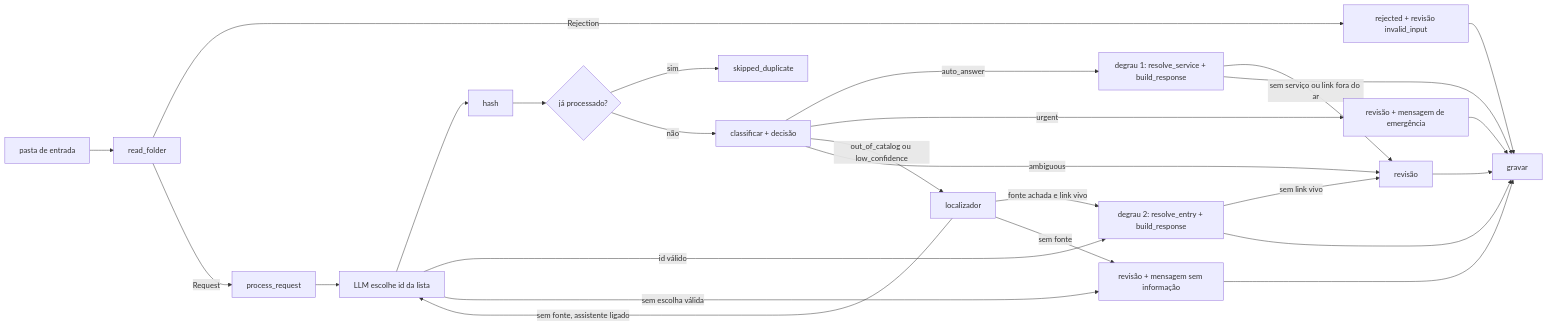
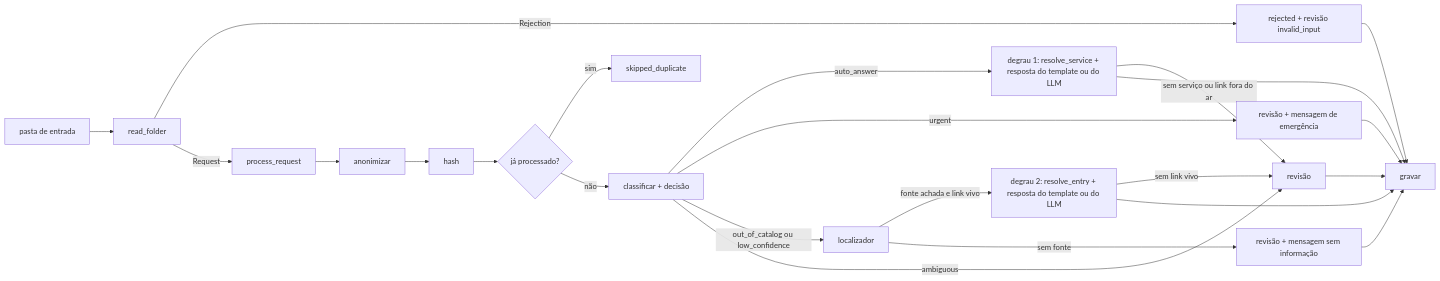
Before and after one commit to entregas-faculdade/GS-RPA-2S: the diagram in specs/arquitetura/04.03-orquestracao-rpa.md, drawn with Mermaid. The commit also changed other lines of this file and 14 other files, not shown here.

````diff
--- a/specs/arquitetura/04.03-orquestracao-rpa.md
+++ b/specs/arquitetura/04.03-orquestracao-rpa.md
@@ -24,26 +24,23 @@
 ```mermaid
 flowchart LR
   F[pasta de entrada] --> I[read_folder]
   I -->|Rejection| X[rejected + revisão invalid_input]
   I -->|Request| P[process_request]
   P --> A[anonimizar] --> H[hash] --> D{já processado?}
   D -->|sim| S[skipped_duplicate]
   D -->|não| C[classificar + decisão]
-  C -->|auto_answer| R[degrau 1: resolve_service + build_response]
+  C -->|auto_answer| R[degrau 1: resolve_service + resposta do template ou do LLM]
   C -->|urgent| E[revisão + mensagem de emergência]
   C -->|out_of_catalog ou low_confidence| L[localizador]
-  L -->|fonte achada e link vivo| R2[degrau 2: resolve_entry + build_response]
-  L -->|sem fonte, assistente ligado| A[LLM escolhe id da lista]
-  A -->|id válido| R2
-  A -->|sem escolha válida| N
+  L -->|fonte achada e link vivo| R2[degrau 2: resolve_entry + resposta do template ou do LLM]
   L -->|sem fonte| N[revisão + mensagem sem informação]
   C -->|ambiguous| Q[revisão]
   R -->|sem serviço ou link fora do ar| Q
   R2 -->|sem link vivo| Q
   R2 --> G
   E --> G
   N --> G
   R --> G[gravar]
   Q --> G
   X --> G
 ```
````
